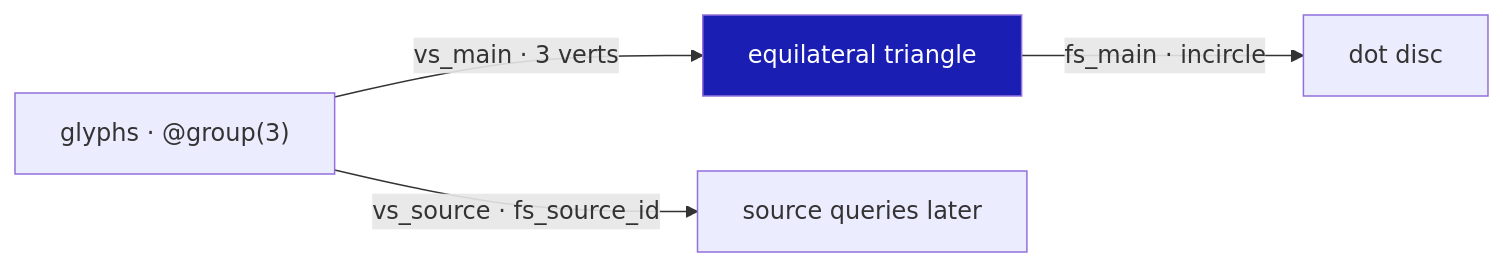
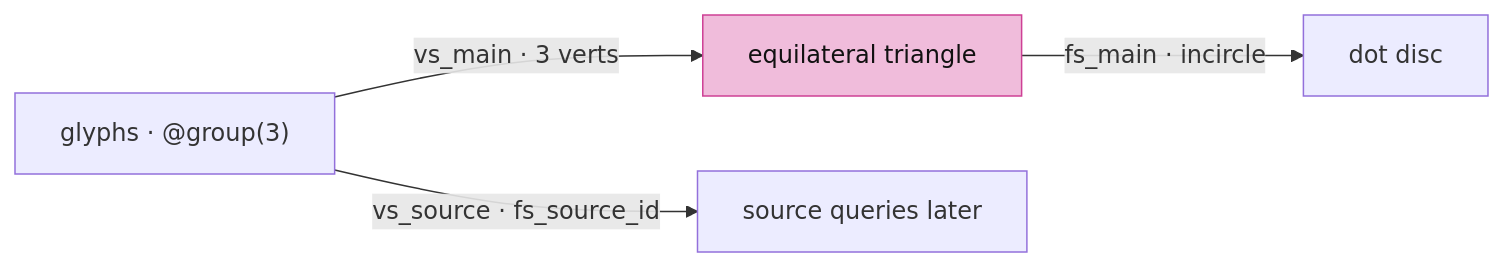
One commit to petrasvestartas/session changed the fifth of 6 diagrams in session_viewer/docs/04c-markers.md. Above: the diagram before and after it, drawn with Mermaid. The commit also changed other lines of this file and 23 other files, not shown here.

Commit message:
Course: Mermaid nodes white with black text, highlighted nodes pink, white arrows and edge labels on the black ground

````diff
--- a/session_viewer/docs/04c-markers.md
+++ b/session_viewer/docs/04c-markers.md
@@ -97,7 +97,7 @@
 ```mermaid
 flowchart LR
     G["glyphs · @group(3)"] -- "vs_main · 3 verts" --> T["equilateral triangle"]
     T -- "fs_main · incircle" --> D["dot disc"]
     G -- "vs_source · fs_source_id" --> S["source queries later"]
-    style T fill:#1a1eb2,color:#fff
+    style T fill:#f0bcdb,stroke:#ce4095,color:#111
 ```
````
